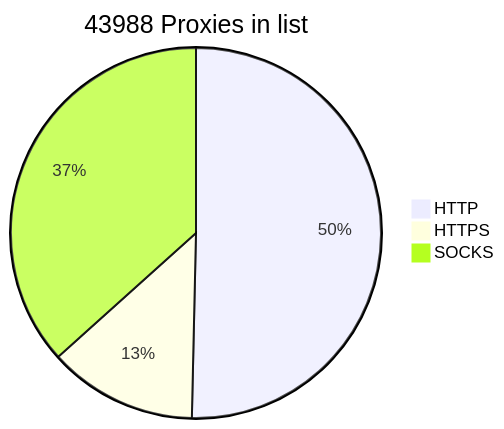
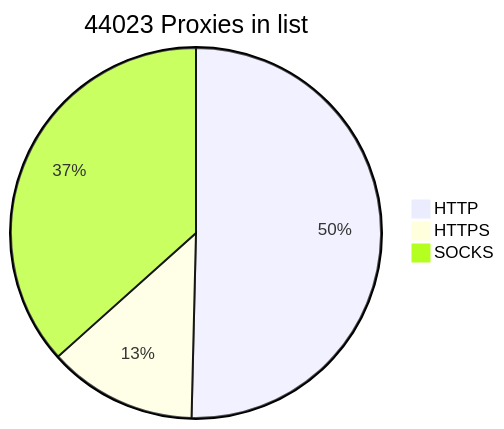
One commit to BlackSnowDot/proxylist-update-every-minute changed the diagram in README.md. Above: the diagram before and after it, drawn with Mermaid.

````diff
--- a/README.md
+++ b/README.md
@@ -2,6 +2,6 @@
 ```mermaid
-pie title 43988 Proxies in list
-    "HTTP" : 24677
-    "HTTPS": 6368
-    "SOCKS" : 17960
+pie title 44023 Proxies in list
+    "HTTP" : 24709
+    "HTTPS": 6372
+    "SOCKS" : 17961
 ```
````
